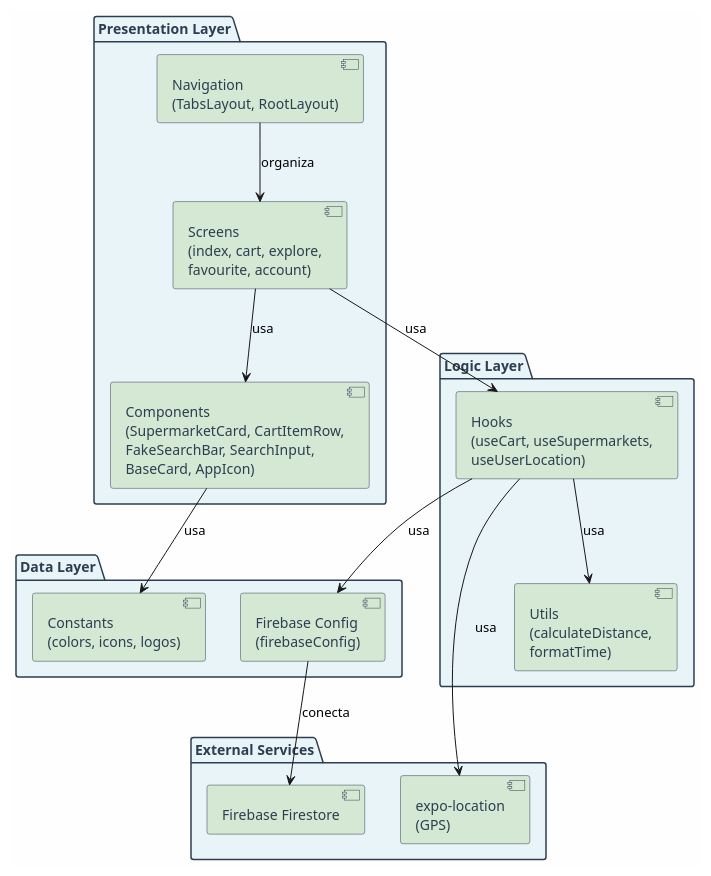
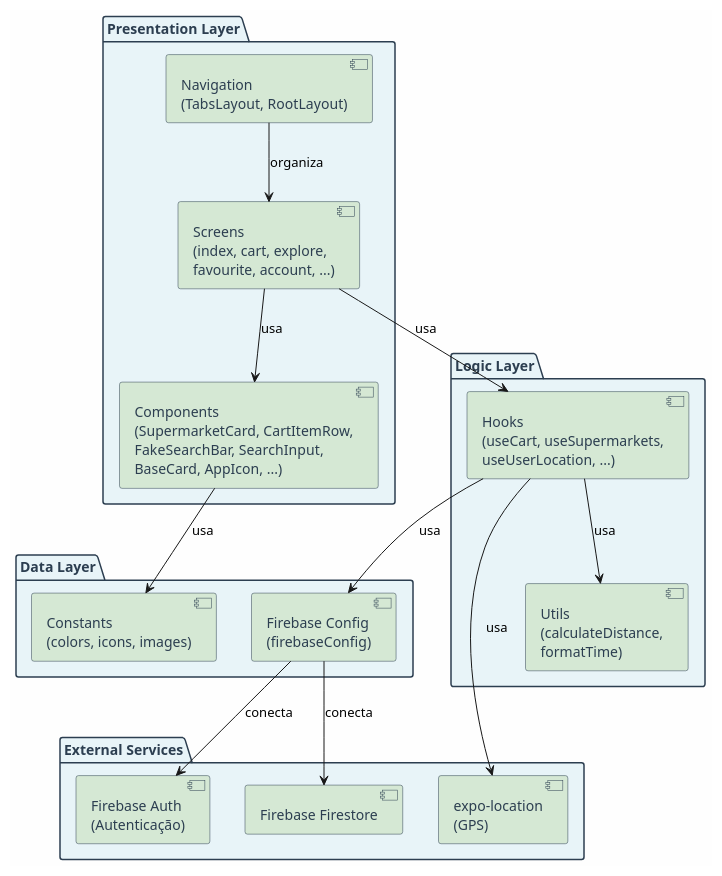
The diagram in docs/architecture/package_diagram.puml (lluissampaio/FEUP-ES-Project), drawn with PlantUML before and after one commit. The commit also changed 1 other file, not shown here.

Commit message:
docs: atualizar package diagram com Firebase Auth, images e reticências

```diff
--- a/docs/architecture/package_diagram.puml
+++ b/docs/architecture/package_diagram.puml
@@ -1,48 +1,46 @@
 @startuml
-' === ESTILO ===
 skinparam backgroundColor #FEFEFE
 skinparam package {
   BackgroundColor #E8F4F8
   BorderColor #2C3E50
   FontColor #2C3E50
 }
 skinparam component {
   BackgroundColor #D5E8D4
   BorderColor #2C3E50
   FontColor #2C3E50
 }
 
-' === CAMADAS ===
-
 package "Presentation Layer" {
-  component "Screens\n(index, cart, explore,\nfavourite, account)" as Screens
-  component "Components\n(SupermarketCard, CartItemRow,\nFakeSearchBar, SearchInput,\nBaseCard, AppIcon)" as Components
+  component "Screens\n(index, cart, explore,\nfavourite, account, ...)" as Screens
+  component "Components\n(SupermarketCard, CartItemRow,\nFakeSearchBar, SearchInput,\nBaseCard, AppIcon, ...)" as Components
   component "Navigation\n(TabsLayout, RootLayout)" as Navigation
 }
 
 package "Logic Layer" {
-  component "Hooks\n(useCart, useSupermarkets,\nuseUserLocation)" as Hooks
+  component "Hooks\n(useCart, useSupermarkets,\nuseUserLocation, ...)" as Hooks
   component "Utils\n(calculateDistance,\nformatTime)" as Utils
 }
 
 package "Data Layer" {
   component "Firebase Config\n(firebaseConfig)" as FirebaseConfig
-  component "Constants\n(colors, icons, logos)" as Constants
+  component "Constants\n(colors, icons, images)" as Constants
 }
 
 package "External Services" {
   component "Firebase Firestore" as Firestore
+  component "Firebase Auth\n(Autenticação)" as Auth
   component "expo-location\n(GPS)" as Location
 }
 
-' === RELAÇÕES ===
 Screens --> Components : usa
 Screens --> Hooks : usa
 Navigation --> Screens : organiza
 Hooks --> Utils : usa
 Hooks --> FirebaseConfig : usa
 Hooks --> Location : usa
 FirebaseConfig --> Firestore : conecta
+FirebaseConfig --> Auth : conecta
 Components --> Constants : usa
 
 @enduml
```
